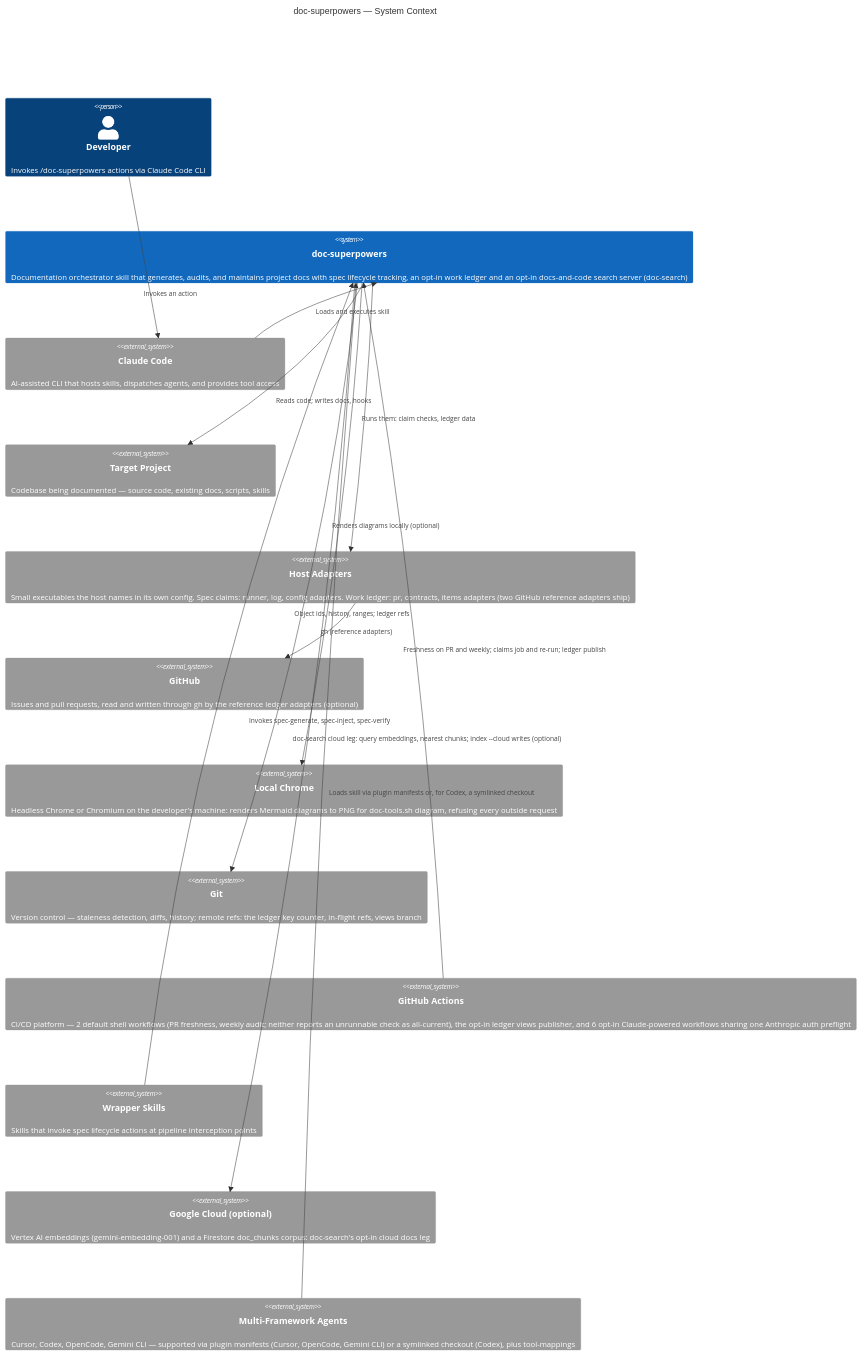
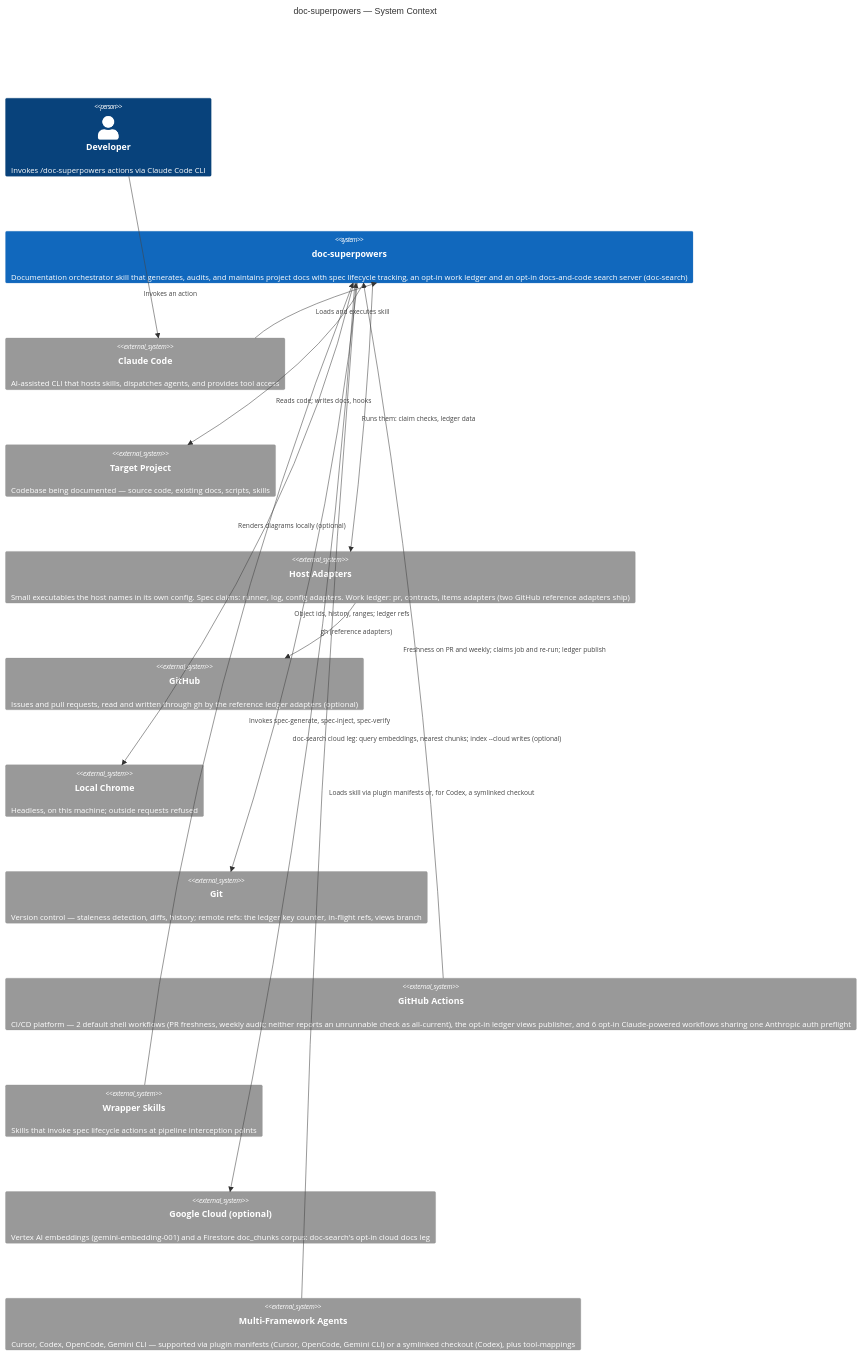
Before and after one commit to woodrowpearson/doc-superpowers: the first of 2 diagrams in docs/architecture/system-overview.md, drawn with Mermaid. The commit also changed 1 other file, not shown here.

Commit message:
docs: the context diagram's Local Chrome box clears the edge label beside it
The longer description widened the box until the label "Loads skill via
plugin manifests or, for Codex, a symlinked checkout" sat on its title.
A shorter description keeps the box narrow, as the Mermaid MCP box was.

````diff
--- a/docs/architecture/system-overview.md
+++ b/docs/architecture/system-overview.md
@@ -18,36 +18,36 @@
 ```mermaid
 C4Context
   title doc-superpowers — System Context
 
   Person(dev, "Developer", "Invokes /doc-superpowers actions via Claude Code CLI")
 
   System(skill, "doc-superpowers", "Documentation orchestrator skill that generates, audits, and maintains project docs with spec lifecycle tracking, an opt-in work ledger and an opt-in docs-and-code search server (doc-search)")
 
   System_Ext(claude_code, "Claude Code", "AI-assisted CLI that hosts skills, dispatches agents, and provides tool access")
   System_Ext(project, "Target Project", "Codebase being documented — source code, existing docs, scripts, skills")
   System_Ext(adapters, "Host Adapters", "Small executables the host names in its own config. Spec claims: runner, log, config adapters. Work ledger: pr, contracts, items adapters (two GitHub reference adapters ship)")
   System_Ext(github, "GitHub", "Issues and pull requests, read and written through gh by the reference ledger adapters (optional)")
-  System_Ext(chrome, "Local Chrome", "Headless Chrome or Chromium on the developer's machine: renders Mermaid diagrams to PNG for doc-tools.sh diagram, refusing every outside request")
+  System_Ext(chrome, "Local Chrome", "Headless, on this machine; outside requests refused")
   System_Ext(git, "Git", "Version control — staleness detection, diffs, history; remote refs: the ledger key counter, in-flight refs, views branch")
   System_Ext(ci, "GitHub Actions", "CI/CD platform — 2 default shell workflows (PR freshness, weekly audit; neither reports an unrunnable check as all-current), the opt-in ledger views publisher, and 6 opt-in Claude-powered workflows sharing one Anthropic auth preflight")
   System_Ext(wrapper, "Wrapper Skills", "Skills that invoke spec lifecycle actions at pipeline interception points")
   System_Ext(gcloud, "Google Cloud (optional)", "Vertex AI embeddings (gemini-embedding-001) and a Firestore doc_chunks corpus: doc-search's opt-in cloud docs leg")
   System_Ext(frameworks, "Multi-Framework Agents", "Cursor, Codex, OpenCode, Gemini CLI — supported via plugin manifests (Cursor, OpenCode, Gemini CLI) or a symlinked checkout (Codex), plus tool-mappings")
 
   Rel(dev, claude_code, "Invokes an action")
   Rel(claude_code, skill, "Loads and executes skill")
   Rel(skill, project, "Reads code; writes docs, hooks")
   Rel(skill, adapters, "Runs them: claim checks, ledger data")
   Rel(adapters, github, "gh (reference adapters)")
   Rel(skill, chrome, "Renders diagrams locally (optional)")
   Rel(skill, git, "Object ids, history, ranges; ledger refs")
   Rel(ci, skill, "Freshness on PR and weekly; claims job and re-run; ledger publish")
   Rel(wrapper, skill, "Invokes spec-generate, spec-inject, spec-verify")
   Rel(frameworks, skill, "Loads skill via plugin manifests or, for Codex, a symlinked checkout")
   Rel(skill, gcloud, "doc-search cloud leg: query embeddings, nearest chunks; index --cloud writes (optional)")
   UpdateRelStyle(dev, claude_code, $offsetX="0", $offsetY="64")
   UpdateRelStyle(skill, project, $offsetX="0", $offsetY="64")
   UpdateRelStyle(skill, git, $offsetX="0", $offsetY="64")
   UpdateRelStyle(ci, skill, $offsetX="0", $offsetY="32")
   UpdateRelStyle(wrapper, skill, $offsetX="0", $offsetY="64")
 ```
````
